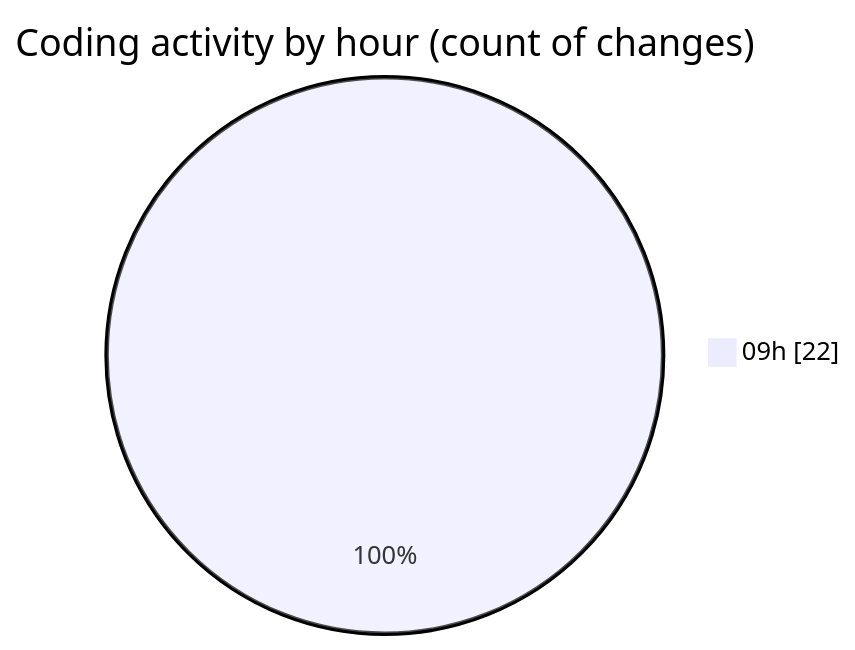
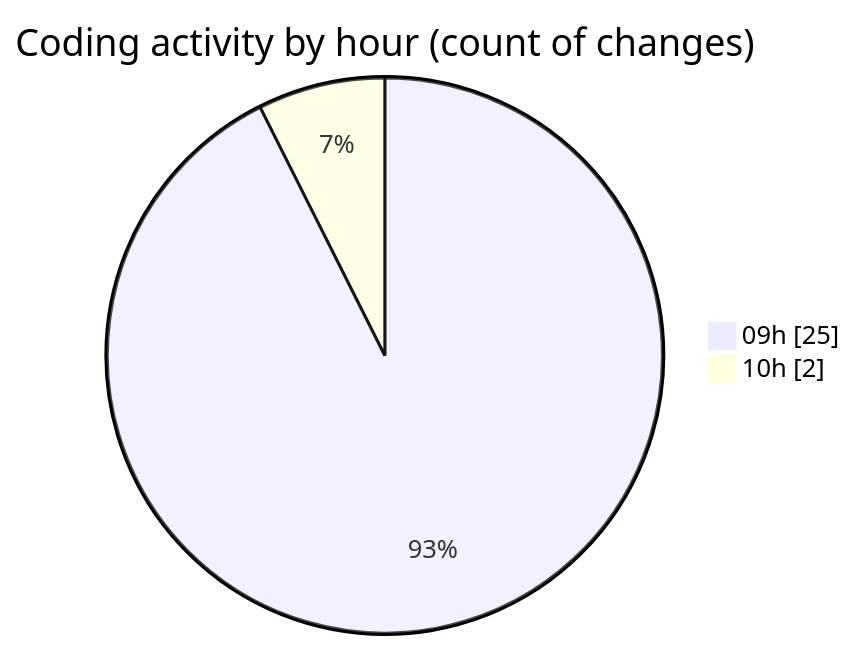
The second of 2 diagrams in 2025-11-18/cda/README.md (momahboobian/code-tracking), drawn with Mermaid before and after one commit. The commit also changed other lines of this file and 1 other file, not shown here.

````diff
--- a/2025-11-18/cda/README.md
+++ b/2025-11-18/cda/README.md
@@ -29,5 +33,6 @@
 ```mermaid
 pie showData
 title Coding activity by hour (count of changes)
-"09h" : 22
+"09h" : 25
+"10h" : 2
 ```
````
